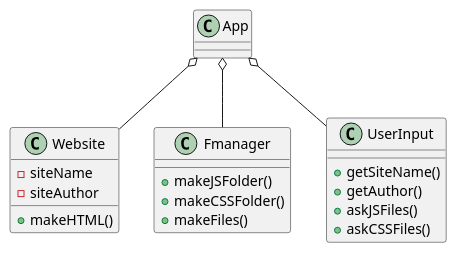
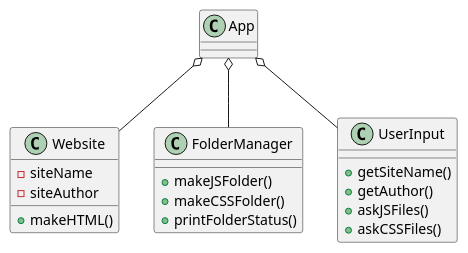
Before and after one commit to kingraham228/Ingraham-cop3330-assignment3: the diagram in src/main/java/ex43/WebsiteGenerator.puml, drawn with PlantUML. The commit also changed 7 other files, not shown here.

```diff
--- a/src/main/java/ex43/WebsiteGenerator.puml
+++ b/src/main/java/ex43/WebsiteGenerator.puml
@@ -1,27 +1,28 @@
 @startuml
 class App{
+
 }
 
 class Website{
 - siteName
 - siteAuthor
 +makeHTML()
 }
 
-class Fmanager{
+class FolderManager{
 +makeJSFolder()
 +makeCSSFolder()
-+makeFiles()
++printFolderStatus()
 }
 
 class UserInput{
 +getSiteName()
 +getAuthor()
 +askJSFiles()
 +askCSSFiles()
 }
 
 App o-- UserInput
-App o-- Fmanager
+App o-- FolderManager
 App o-- Website
 @enduml
```
